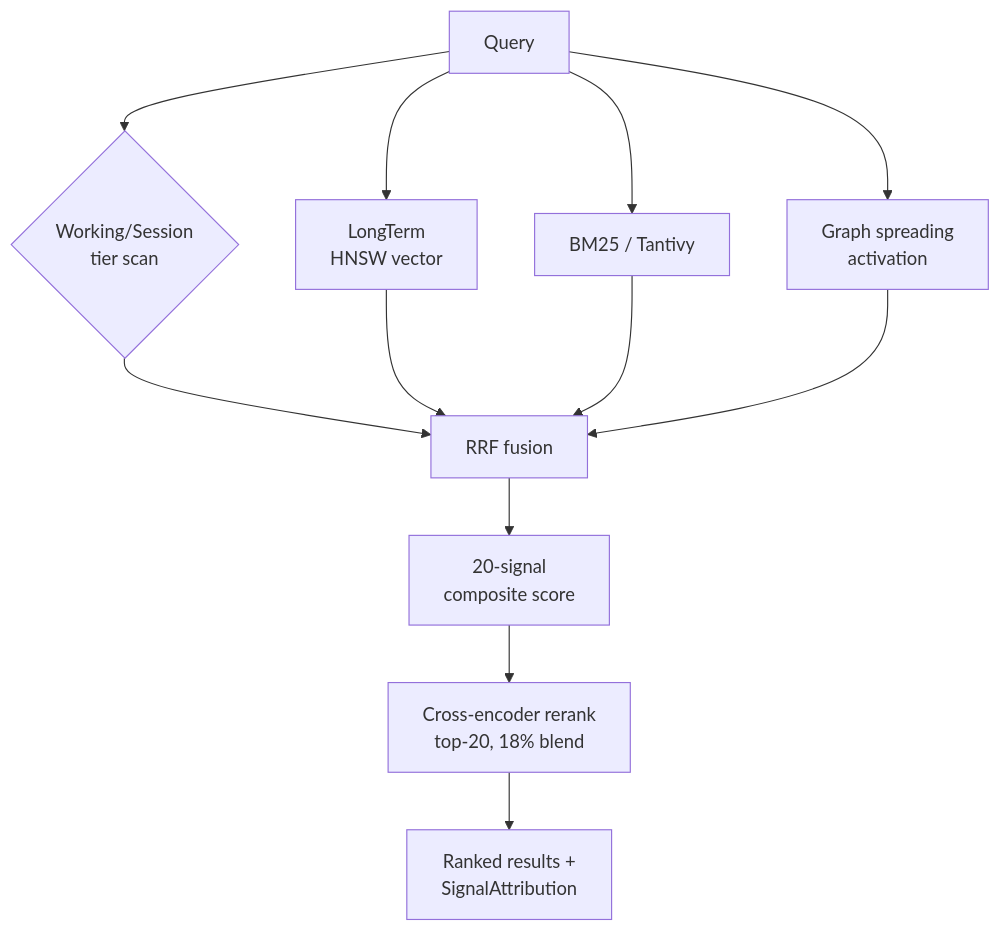
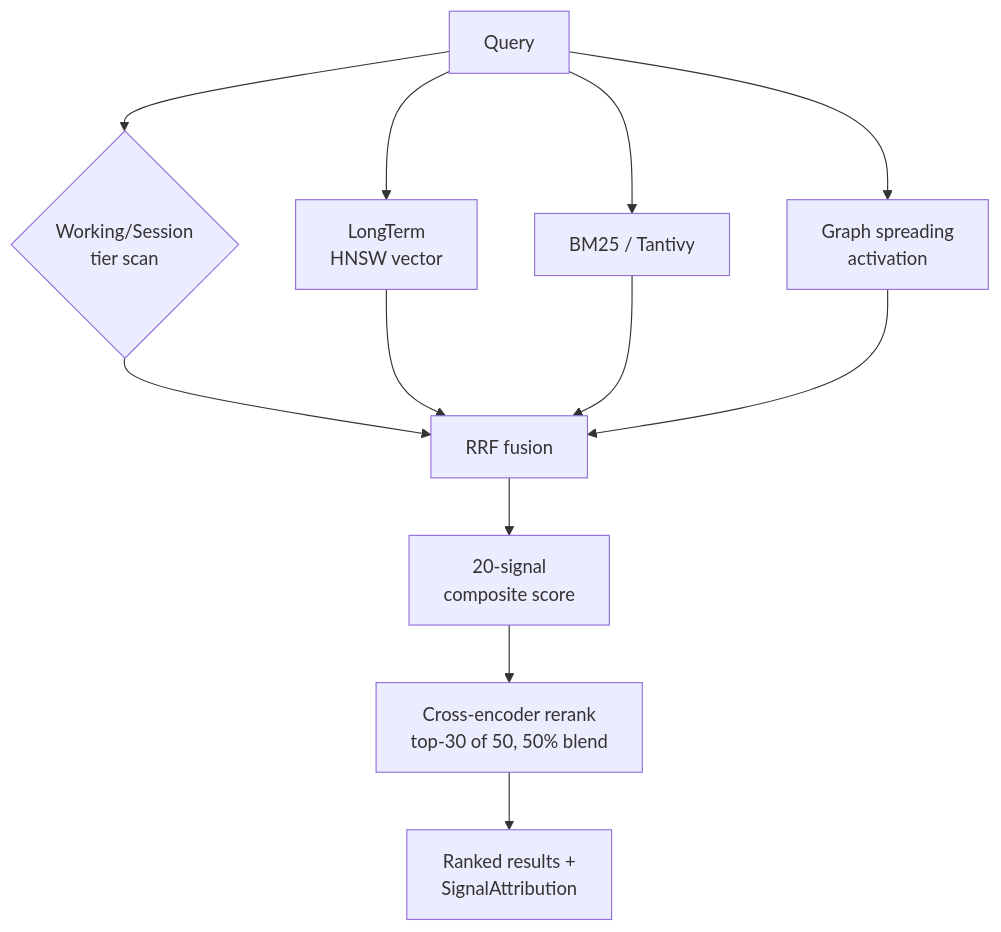
One commit to Portll/veld changed the diagram in docs/src/architecture/retrieval.md. Above: the diagram before and after it, drawn with Mermaid. The commit also changed other lines of this file and 11 other files, not shown here.

````diff
--- a/docs/src/architecture/retrieval.md
+++ b/docs/src/architecture/retrieval.md
@@ -8,14 +8,14 @@
 ```mermaid
 flowchart TB
     Q[Query] --> WS{Working/Session<br/>tier scan}
     Q --> LT[LongTerm<br/>HNSW vector]
     Q --> BM[BM25 / Tantivy]
     Q --> GR[Graph spreading<br/>activation]
     WS --> RRF[RRF fusion]
     LT --> RRF
     BM --> RRF
     GR --> RRF
     RRF --> S20[20-signal<br/>composite score]
-    S20 --> CE[Cross-encoder rerank<br/>top-20, 18% blend]
+    S20 --> CE[Cross-encoder rerank<br/>top-30 of 50, 50% blend]
     CE --> OUT[Ranked results +<br/>SignalAttribution]
 ```
````
